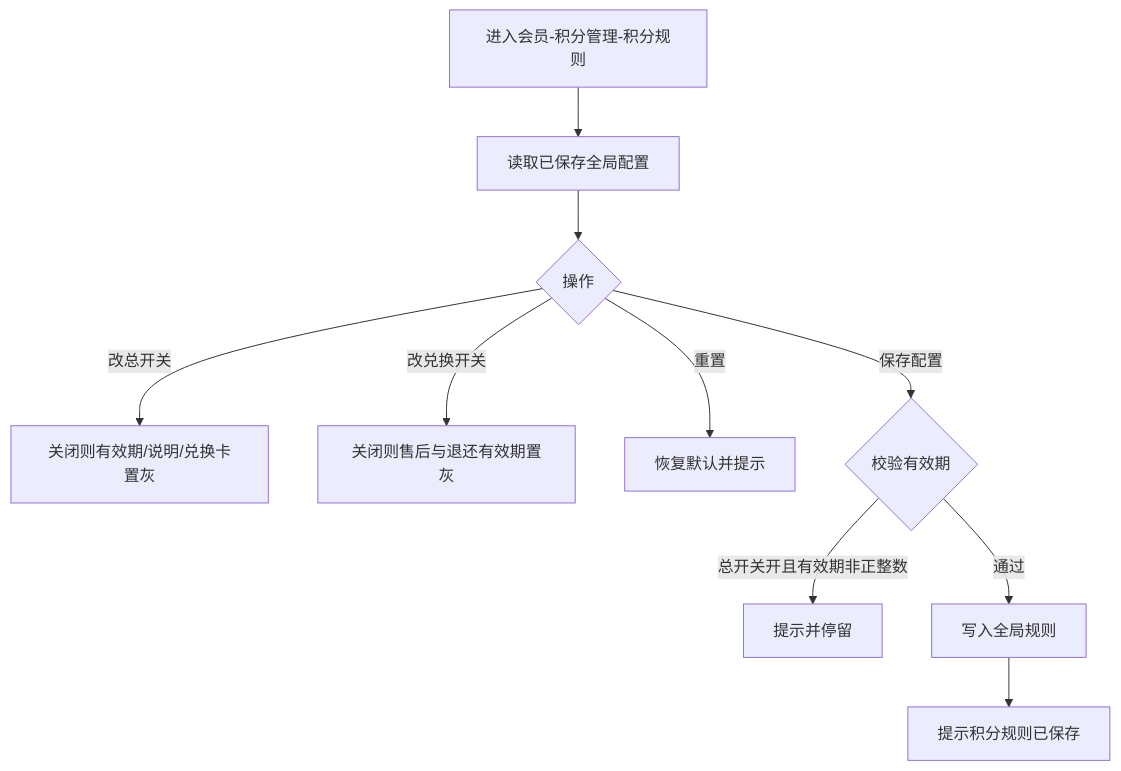
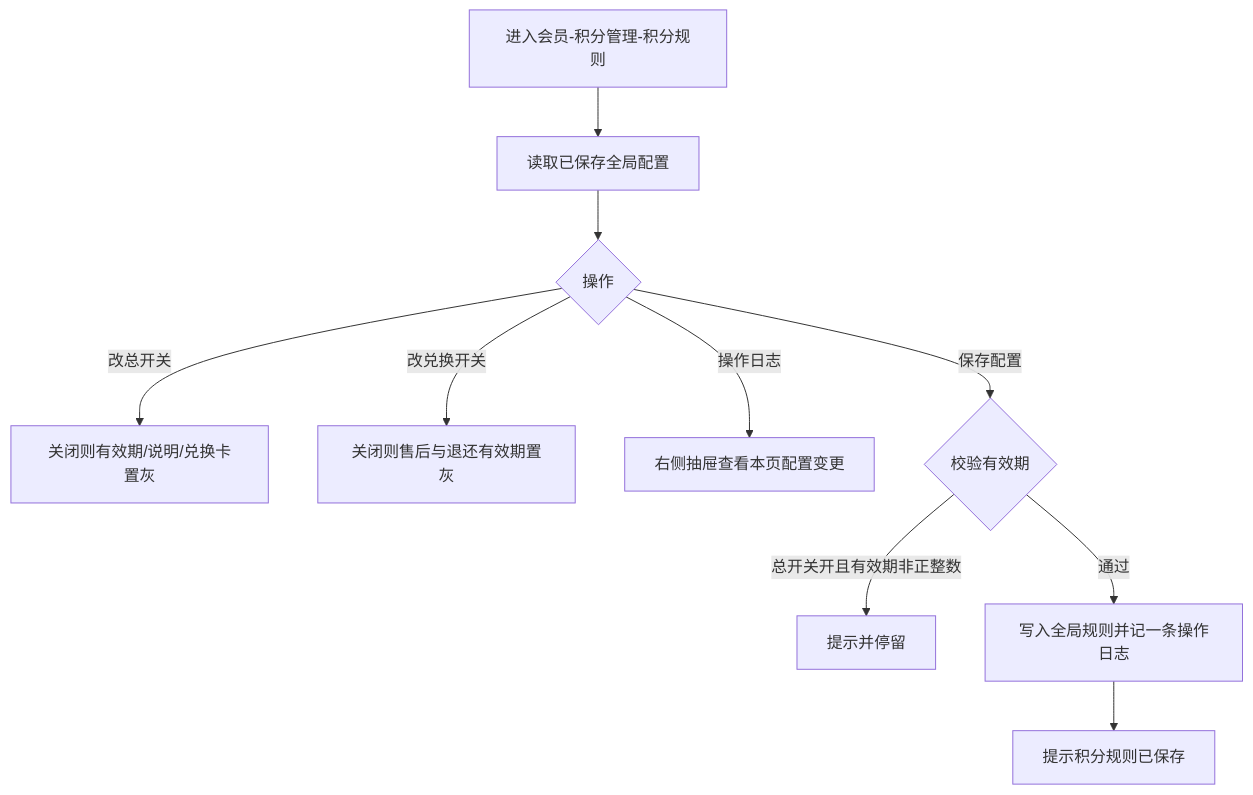
One commit to 342-droid/LFerp changed the first of 15 diagrams in prototype-prd/670-积分整体需求：积分规则、积分获取、积分抵现、积分明细、积分商城.md. Above: the diagram before and after it, drawn with Mermaid. The commit also changed other lines of this file and 40 other files, not shown here.

````diff
--- a/prototype-prd/670-积分整体需求：积分规则、积分获取、积分抵现、积分明细、积分商城.md
+++ b/prototype-prd/670-积分整体需求：积分规则、积分获取、积分抵现、积分明细、积分商城.md
@@ -58,12 +59,12 @@
 ```mermaid
 flowchart TD
   A[进入会员-积分管理-积分规则] --> B[读取已保存全局配置]
   B --> C{操作}
   C -->|改总开关| D[关闭则有效期/说明/兑换卡置灰]
   C -->|改兑换开关| E[关闭则售后与退还有效期置灰]
-  C -->|重置| F[恢复默认并提示]
+  C -->|操作日志| F[右侧抽屉查看本页配置变更]
   C -->|保存配置| G{校验有效期}
   G -->|总开关开且有效期非正整数| H[提示并停留]
-  G -->|通过| I[写入全局规则]
+  G -->|通过| I[写入全局规则并记一条操作日志]
   I --> J[提示积分规则已保存]
 ```
````
